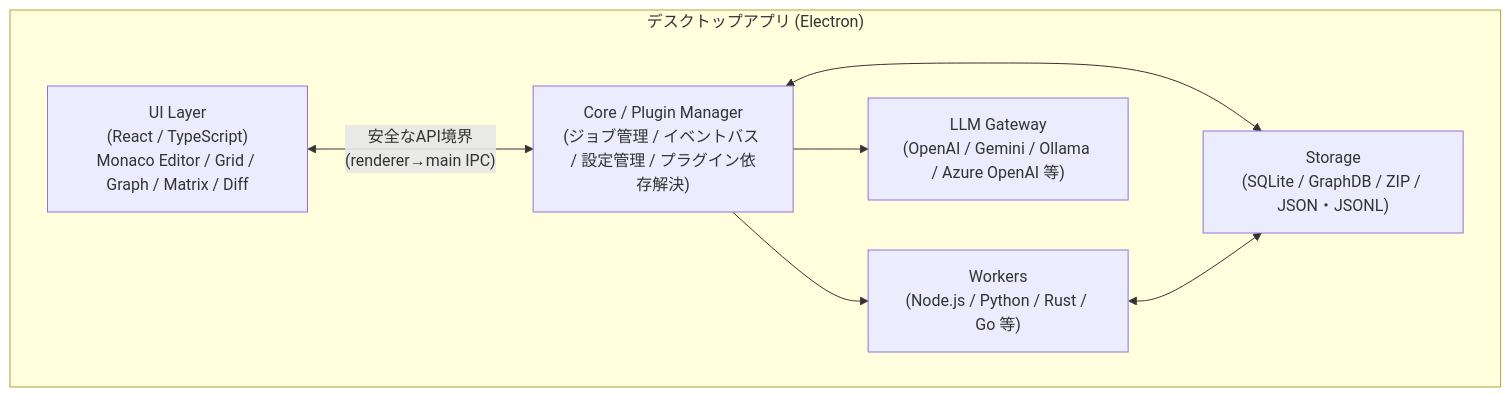
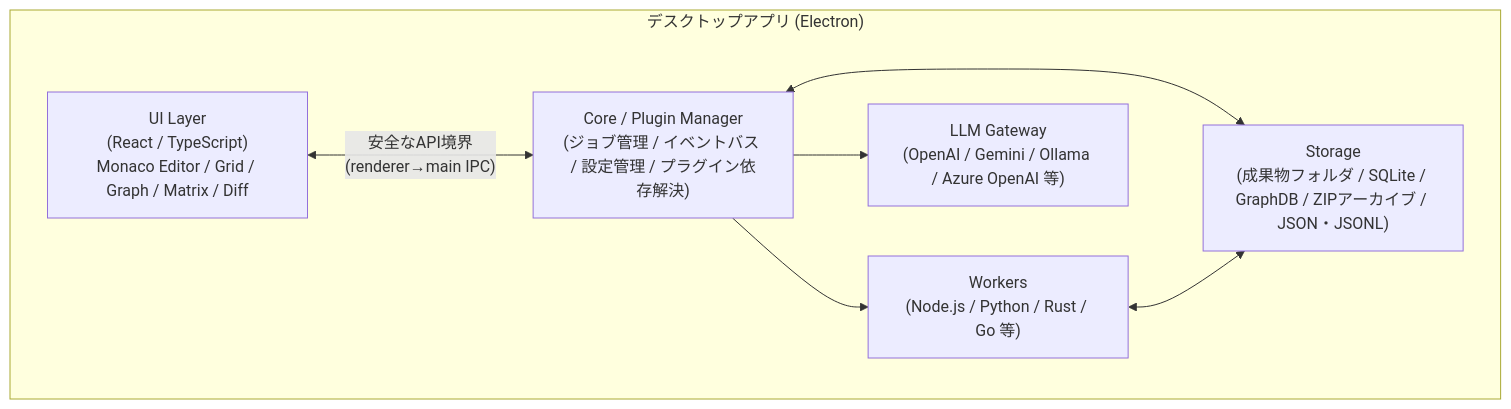
The second of 2 diagrams in docs/srs_main.md (kfuruichi0920/d2d), drawn with Mermaid before and after one commit. The commit also changed other lines of this file and 1 other file, not shown here.

````diff
--- a/docs/srs_main.md
+++ b/docs/srs_main.md
@@ -151,16 +155,16 @@
 ```mermaid
 graph TD
     subgraph App["デスクトップアプリ (Electron)"]
         UI["UI Layer\n(React / TypeScript)\nMonaco Editor / Grid / Graph / Matrix / Diff"]
         CORE["Core / Plugin Manager\n(ジョブ管理 / イベントバス / 設定管理 / プラグイン依存解決)"]
         WORKER["Workers\n(Node.js / Python / Rust / Go 等)"]
-        STORE["Storage\n(SQLite / GraphDB / ZIP / JSON・JSONL)"]
+        STORE["Storage\n(成果物フォルダ / SQLite / GraphDB / ZIPアーカイブ / JSON・JSONL)"]
         GW["LLM Gateway\n(OpenAI / Gemini / Ollama / Azure OpenAI 等)"]
     end
 
     UI <-->|"安全なAPI境界\n(renderer→main IPC)"| CORE
     CORE --> WORKER
     CORE <--> STORE
     CORE --> GW
     WORKER <--> STORE
 ```
````
